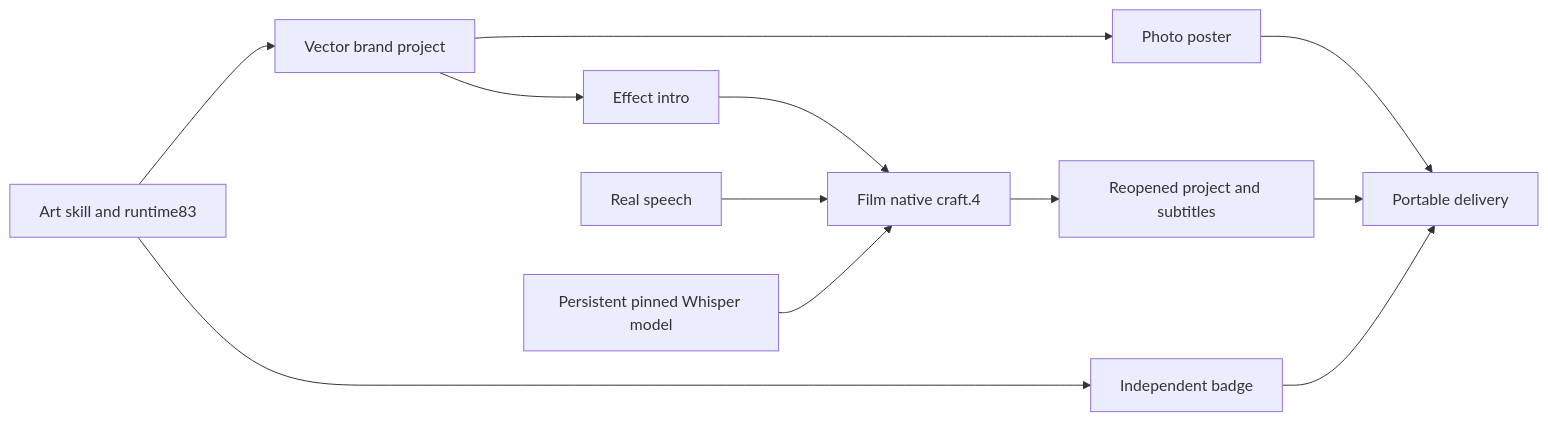
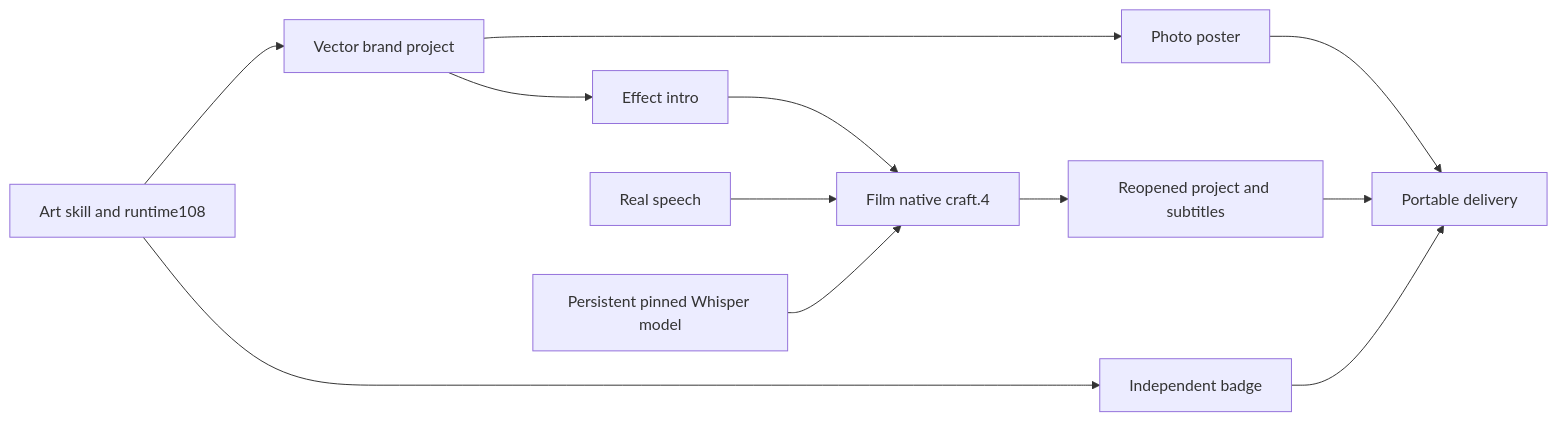
Before and after one commit to full-aigc-plugins/artcraft-plugin: the diagram in skills/artcraft-cli-assets/references/mixed-asr.md, drawn with Mermaid. The commit also changed other lines of this file and 28 other files, not shown here.

````diff
--- a/skills/artcraft-cli-assets/references/mixed-asr.md
+++ b/skills/artcraft-cli-assets/references/mixed-asr.md
@@ -18,14 +18,14 @@
 ```mermaid
 flowchart LR
-    Art[Art skill and runtime83] --> Logo[Vector brand project]
+    Art[Art skill and runtime108] --> Logo[Vector brand project]
     Logo --> Poster[Photo poster]
     Logo --> Intro[Effect intro]
     Intro --> Film[Film native craft.4]
     Voice[Real speech] --> Film
     Models[Persistent pinned Whisper model] --> Film
     Film --> Captions[Reopened project and subtitles]
     Art --> Badge[Independent badge]
     Poster --> Package[Portable delivery]
     Captions --> Package
     Badge --> Package
 ```
````
